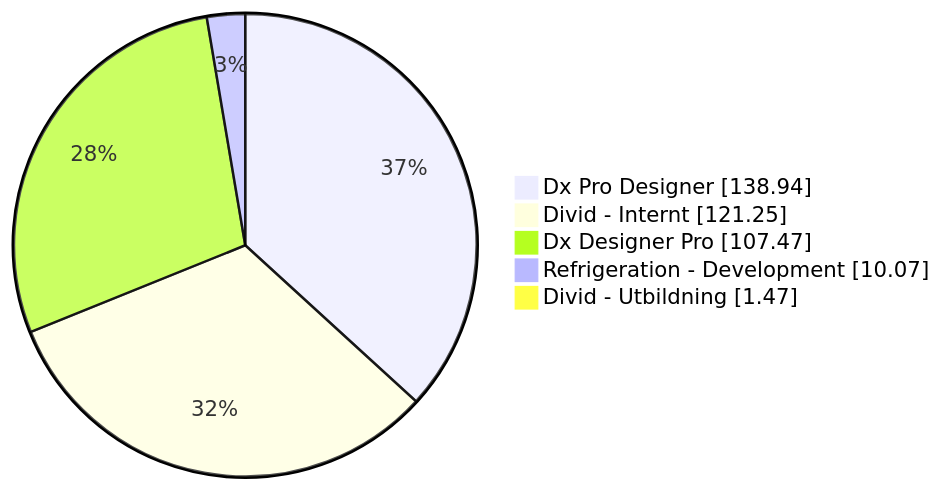
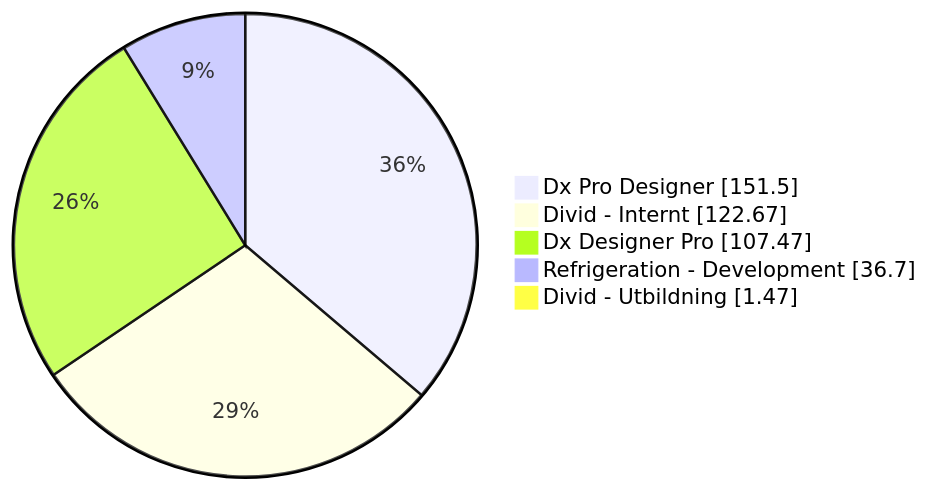
Before and after one commit to albinforsberg-netizen/timeclock: the second of 5 diagrams in README.md, drawn with Mermaid. The commit also changed other lines of this file, not shown here.

````diff
--- a/README.md
+++ b/README.md
@@ -23,8 +23,8 @@
 ```mermaid
 pie showData
-    "Dx Pro Designer" : 138.94
-    "Divid - Internt" : 121.25
+    "Dx Pro Designer" : 151.50
+    "Divid - Internt" : 122.67
     "Dx Designer Pro" : 107.47
-    "Refrigeration - Development" : 10.07
+    "Refrigeration - Development" : 36.70
     "Divid - Utbildning" : 1.47
 ```
````
